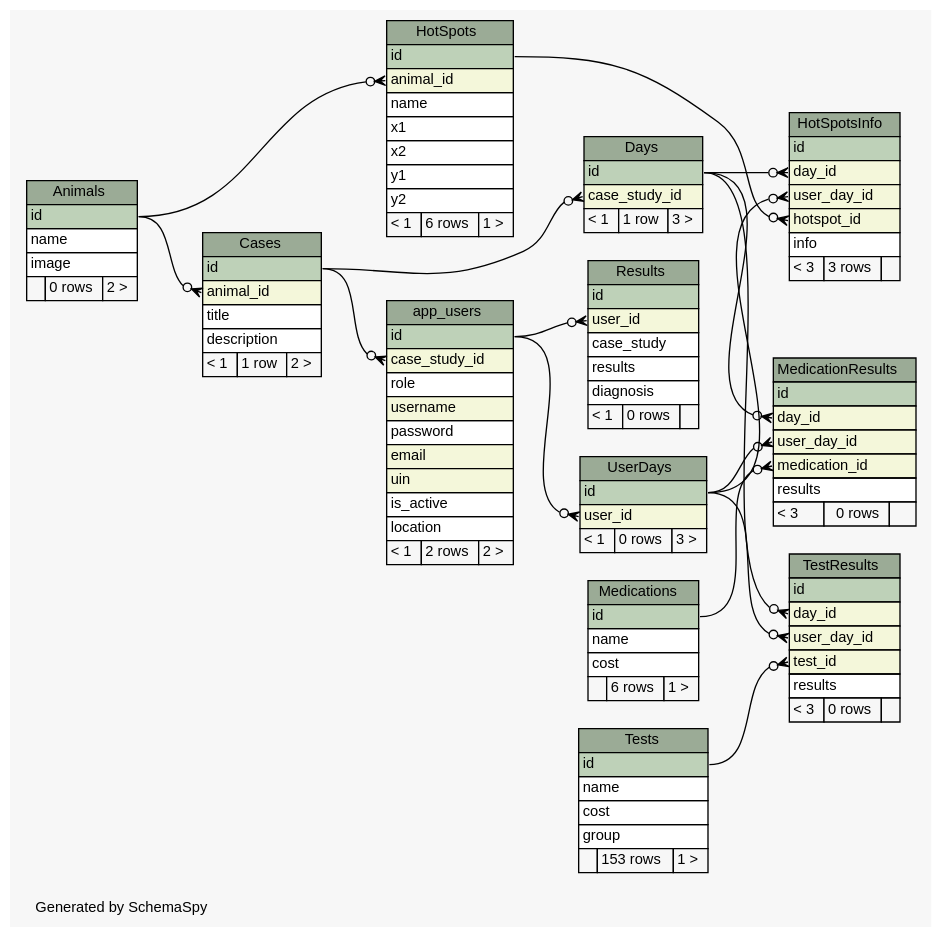
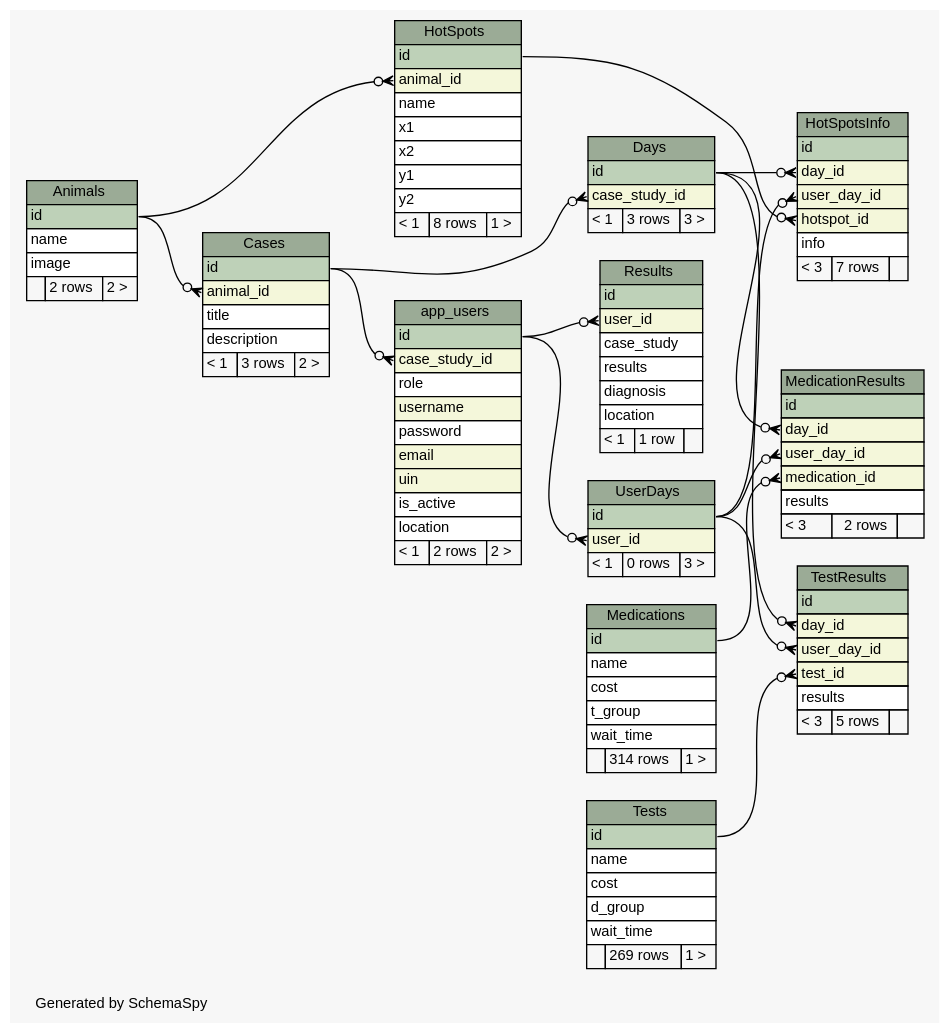
Before and after one commit to carrel2/CaseStudies: the diagram in web/files/schema/diagrams/summary/relationships.real.large.dot, drawn with Graphviz. The commit also changed 206 other files, not shown here.

```diff
--- a/web/files/schema/diagrams/summary/relationships.real.large.dot
+++ b/web/files/schema/diagrams/summary/relationships.real.large.dot
@@ -1,4 +1,4 @@
-// dot 2.38.0 on Linux 4.4.0-72-generic
+// dot 2.38.0 on Linux 4.4.0-77-generic
 // SchemaSpy rev 590
 digraph "largeRelationshipsDiagram" {
   graph [
@@ -26,7 +26,7 @@
       <TR><TD PORT="id" COLSPAN="3" BGCOLOR="#bed1b8" ALIGN="LEFT">id</TD></TR>
       <TR><TD PORT="name" COLSPAN="3" ALIGN="LEFT">name</TD></TR>
       <TR><TD PORT="image" COLSPAN="3" ALIGN="LEFT">image</TD></TR>
-      <TR><TD ALIGN="LEFT" BGCOLOR="#f7f7f7">  </TD><TD ALIGN="RIGHT" BGCOLOR="#f7f7f7">0 rows</TD><TD ALIGN="RIGHT" BGCOLOR="#f7f7f7">2 &gt;</TD></TR>
+      <TR><TD ALIGN="LEFT" BGCOLOR="#f7f7f7">  </TD><TD ALIGN="RIGHT" BGCOLOR="#f7f7f7">2 rows</TD><TD ALIGN="RIGHT" BGCOLOR="#f7f7f7">2 &gt;</TD></TR>
     </TABLE>>
     URL="tables/Animals.html"
     tooltip="Animals"
@@ -57,7 +57,7 @@
       <TR><TD PORT="animal_id" COLSPAN="3" BGCOLOR="#f4f7da" ALIGN="LEFT">animal_id</TD></TR>
       <TR><TD PORT="title" COLSPAN="3" ALIGN="LEFT">title</TD></TR>
       <TR><TD PORT="description" COLSPAN="3" ALIGN="LEFT">description</TD></TR>
-      <TR><TD ALIGN="LEFT" BGCOLOR="#f7f7f7">&lt; 1</TD><TD ALIGN="RIGHT" BGCOLOR="#f7f7f7">1 row</TD><TD ALIGN="RIGHT" BGCOLOR="#f7f7f7">2 &gt;</TD></TR>
+      <TR><TD ALIGN="LEFT" BGCOLOR="#f7f7f7">&lt; 1</TD><TD ALIGN="RIGHT" BGCOLOR="#f7f7f7">3 rows</TD><TD ALIGN="RIGHT" BGCOLOR="#f7f7f7">2 &gt;</TD></TR>
     </TABLE>>
     URL="tables/Cases.html"
     tooltip="Cases"
@@ -68,7 +68,7 @@
       <TR><TD COLSPAN="3" BGCOLOR="#9bab96" ALIGN="CENTER">Days</TD></TR>
       <TR><TD PORT="id" COLSPAN="3" BGCOLOR="#bed1b8" ALIGN="LEFT">id</TD></TR>
       <TR><TD PORT="case_study_id" COLSPAN="3" BGCOLOR="#f4f7da" ALIGN="LEFT">case_study_id</TD></TR>
-      <TR><TD ALIGN="LEFT" BGCOLOR="#f7f7f7">&lt; 1</TD><TD ALIGN="RIGHT" BGCOLOR="#f7f7f7">1 row</TD><TD ALIGN="RIGHT" BGCOLOR="#f7f7f7">3 &gt;</TD></TR>
+      <TR><TD ALIGN="LEFT" BGCOLOR="#f7f7f7">&lt; 1</TD><TD ALIGN="RIGHT" BGCOLOR="#f7f7f7">3 rows</TD><TD ALIGN="RIGHT" BGCOLOR="#f7f7f7">3 &gt;</TD></TR>
     </TABLE>>
     URL="tables/Days.html"
     tooltip="Days"
@@ -84,7 +84,7 @@
       <TR><TD PORT="x2" COLSPAN="3" ALIGN="LEFT">x2</TD></TR>
       <TR><TD PORT="y1" COLSPAN="3" ALIGN="LEFT">y1</TD></TR>
       <TR><TD PORT="y2" COLSPAN="3" ALIGN="LEFT">y2</TD></TR>
-      <TR><TD ALIGN="LEFT" BGCOLOR="#f7f7f7">&lt; 1</TD><TD ALIGN="RIGHT" BGCOLOR="#f7f7f7">6 rows</TD><TD ALIGN="RIGHT" BGCOLOR="#f7f7f7">1 &gt;</TD></TR>
+      <TR><TD ALIGN="LEFT" BGCOLOR="#f7f7f7">&lt; 1</TD><TD ALIGN="RIGHT" BGCOLOR="#f7f7f7">8 rows</TD><TD ALIGN="RIGHT" BGCOLOR="#f7f7f7">1 &gt;</TD></TR>
     </TABLE>>
     URL="tables/HotSpots.html"
     tooltip="HotSpots"
@@ -98,7 +98,7 @@
       <TR><TD PORT="user_day_id" COLSPAN="3" BGCOLOR="#f4f7da" ALIGN="LEFT">user_day_id</TD></TR>
       <TR><TD PORT="hotspot_id" COLSPAN="3" BGCOLOR="#f4f7da" ALIGN="LEFT">hotspot_id</TD></TR>
       <TR><TD PORT="info" COLSPAN="3" ALIGN="LEFT">info</TD></TR>
-      <TR><TD ALIGN="LEFT" BGCOLOR="#f7f7f7">&lt; 3</TD><TD ALIGN="RIGHT" BGCOLOR="#f7f7f7">3 rows</TD><TD ALIGN="RIGHT" BGCOLOR="#f7f7f7">  </TD></TR>
+      <TR><TD ALIGN="LEFT" BGCOLOR="#f7f7f7">&lt; 3</TD><TD ALIGN="RIGHT" BGCOLOR="#f7f7f7">7 rows</TD><TD ALIGN="RIGHT" BGCOLOR="#f7f7f7">  </TD></TR>
     </TABLE>>
     URL="tables/HotSpotsInfo.html"
     tooltip="HotSpotsInfo"
@@ -112,7 +112,7 @@
       <TR><TD PORT="user_day_id" COLSPAN="3" BGCOLOR="#f4f7da" ALIGN="LEFT">user_day_id</TD></TR>
       <TR><TD PORT="medication_id" COLSPAN="3" BGCOLOR="#f4f7da" ALIGN="LEFT">medication_id</TD></TR>
       <TR><TD PORT="results" COLSPAN="3" ALIGN="LEFT">results</TD></TR>
-      <TR><TD ALIGN="LEFT" BGCOLOR="#f7f7f7">&lt; 3</TD><TD ALIGN="RIGHT" BGCOLOR="#f7f7f7">0 rows</TD><TD ALIGN="RIGHT" BGCOLOR="#f7f7f7">  </TD></TR>
+      <TR><TD ALIGN="LEFT" BGCOLOR="#f7f7f7">&lt; 3</TD><TD ALIGN="RIGHT" BGCOLOR="#f7f7f7">2 rows</TD><TD ALIGN="RIGHT" BGCOLOR="#f7f7f7">  </TD></TR>
     </TABLE>>
     URL="tables/MedicationResults.html"
     tooltip="MedicationResults"
@@ -124,7 +124,9 @@
       <TR><TD PORT="id" COLSPAN="3" BGCOLOR="#bed1b8" ALIGN="LEFT">id</TD></TR>
       <TR><TD PORT="name" COLSPAN="3" ALIGN="LEFT">name</TD></TR>
       <TR><TD PORT="cost" COLSPAN="3" ALIGN="LEFT">cost</TD></TR>
-      <TR><TD ALIGN="LEFT" BGCOLOR="#f7f7f7">  </TD><TD ALIGN="RIGHT" BGCOLOR="#f7f7f7">6 rows</TD><TD ALIGN="RIGHT" BGCOLOR="#f7f7f7">1 &gt;</TD></TR>
+      <TR><TD PORT="t_group" COLSPAN="3" ALIGN="LEFT">t_group</TD></TR>
+      <TR><TD PORT="wait_time" COLSPAN="3" ALIGN="LEFT">wait_time</TD></TR>
+      <TR><TD ALIGN="LEFT" BGCOLOR="#f7f7f7">  </TD><TD ALIGN="RIGHT" BGCOLOR="#f7f7f7">314 rows</TD><TD ALIGN="RIGHT" BGCOLOR="#f7f7f7">1 &gt;</TD></TR>
     </TABLE>>
     URL="tables/Medications.html"
     tooltip="Medications"
@@ -138,7 +140,8 @@
       <TR><TD PORT="case_study" COLSPAN="3" ALIGN="LEFT">case_study</TD></TR>
       <TR><TD PORT="results" COLSPAN="3" ALIGN="LEFT">results</TD></TR>
       <TR><TD PORT="diagnosis" COLSPAN="3" ALIGN="LEFT">diagnosis</TD></TR>
-      <TR><TD ALIGN="LEFT" BGCOLOR="#f7f7f7">&lt; 1</TD><TD ALIGN="RIGHT" BGCOLOR="#f7f7f7">0 rows</TD><TD ALIGN="RIGHT" BGCOLOR="#f7f7f7">  </TD></TR>
+      <TR><TD PORT="location" COLSPAN="3" ALIGN="LEFT">location</TD></TR>
+      <TR><TD ALIGN="LEFT" BGCOLOR="#f7f7f7">&lt; 1</TD><TD ALIGN="RIGHT" BGCOLOR="#f7f7f7">1 row</TD><TD ALIGN="RIGHT" BGCOLOR="#f7f7f7">  </TD></TR>
     </TABLE>>
     URL="tables/Results.html"
     tooltip="Results"
@@ -152,7 +155,7 @@
       <TR><TD PORT="user_day_id" COLSPAN="3" BGCOLOR="#f4f7da" ALIGN="LEFT">user_day_id</TD></TR>
       <TR><TD PORT="test_id" COLSPAN="3" BGCOLOR="#f4f7da" ALIGN="LEFT">test_id</TD></TR>
       <TR><TD PORT="results" COLSPAN="3" ALIGN="LEFT">results</TD></TR>
-      <TR><TD ALIGN="LEFT" BGCOLOR="#f7f7f7">&lt; 3</TD><TD ALIGN="RIGHT" BGCOLOR="#f7f7f7">0 rows</TD><TD ALIGN="RIGHT" BGCOLOR="#f7f7f7">  </TD></TR>
+      <TR><TD ALIGN="LEFT" BGCOLOR="#f7f7f7">&lt; 3</TD><TD ALIGN="RIGHT" BGCOLOR="#f7f7f7">5 rows</TD><TD ALIGN="RIGHT" BGCOLOR="#f7f7f7">  </TD></TR>
     </TABLE>>
     URL="tables/TestResults.html"
     tooltip="TestResults"
@@ -164,8 +167,9 @@
       <TR><TD PORT="id" COLSPAN="3" BGCOLOR="#bed1b8" ALIGN="LEFT">id</TD></TR>
       <TR><TD PORT="name" COLSPAN="3" ALIGN="LEFT">name</TD></TR>
       <TR><TD PORT="cost" COLSPAN="3" ALIGN="LEFT">cost</TD></TR>
-      <TR><TD PORT="group" COLSPAN="3" ALIGN="LEFT">group</TD></TR>
-      <TR><TD ALIGN="LEFT" BGCOLOR="#f7f7f7">  </TD><TD ALIGN="RIGHT" BGCOLOR="#f7f7f7">153 rows</TD><TD ALIGN="RIGHT" BGCOLOR="#f7f7f7">1 &gt;</TD></TR>
+      <TR><TD PORT="d_group" COLSPAN="3" ALIGN="LEFT">d_group</TD></TR>
+      <TR><TD PORT="wait_time" COLSPAN="3" ALIGN="LEFT">wait_time</TD></TR>
+      <TR><TD ALIGN="LEFT" BGCOLOR="#f7f7f7">  </TD><TD ALIGN="RIGHT" BGCOLOR="#f7f7f7">269 rows</TD><TD ALIGN="RIGHT" BGCOLOR="#f7f7f7">1 &gt;</TD></TR>
     </TABLE>>
     URL="tables/Tests.html"
     tooltip="Tests"
```
